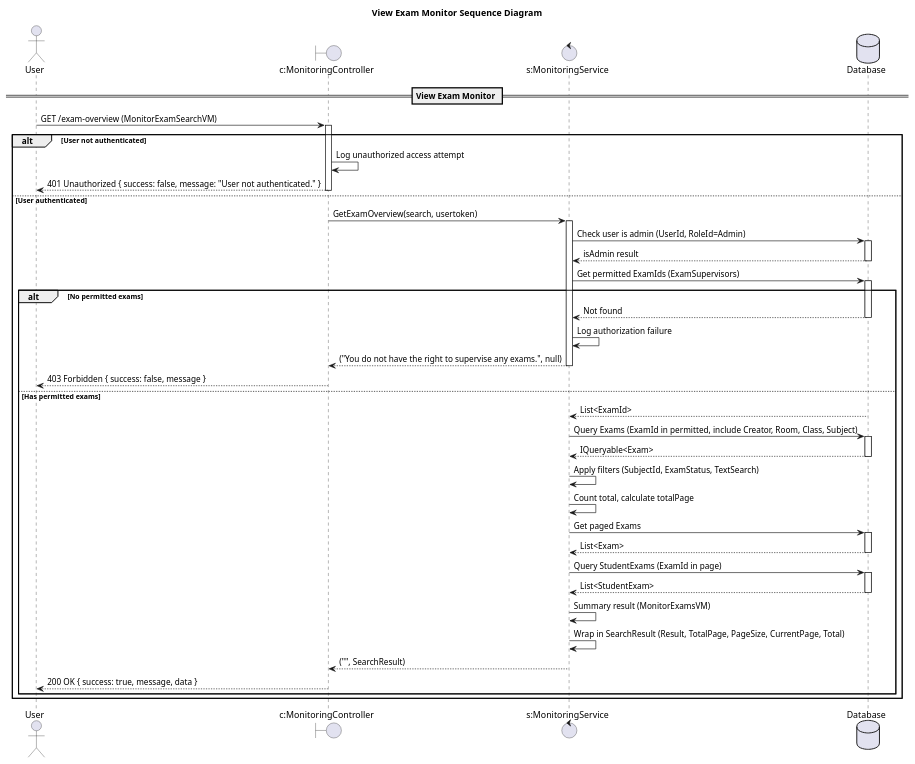
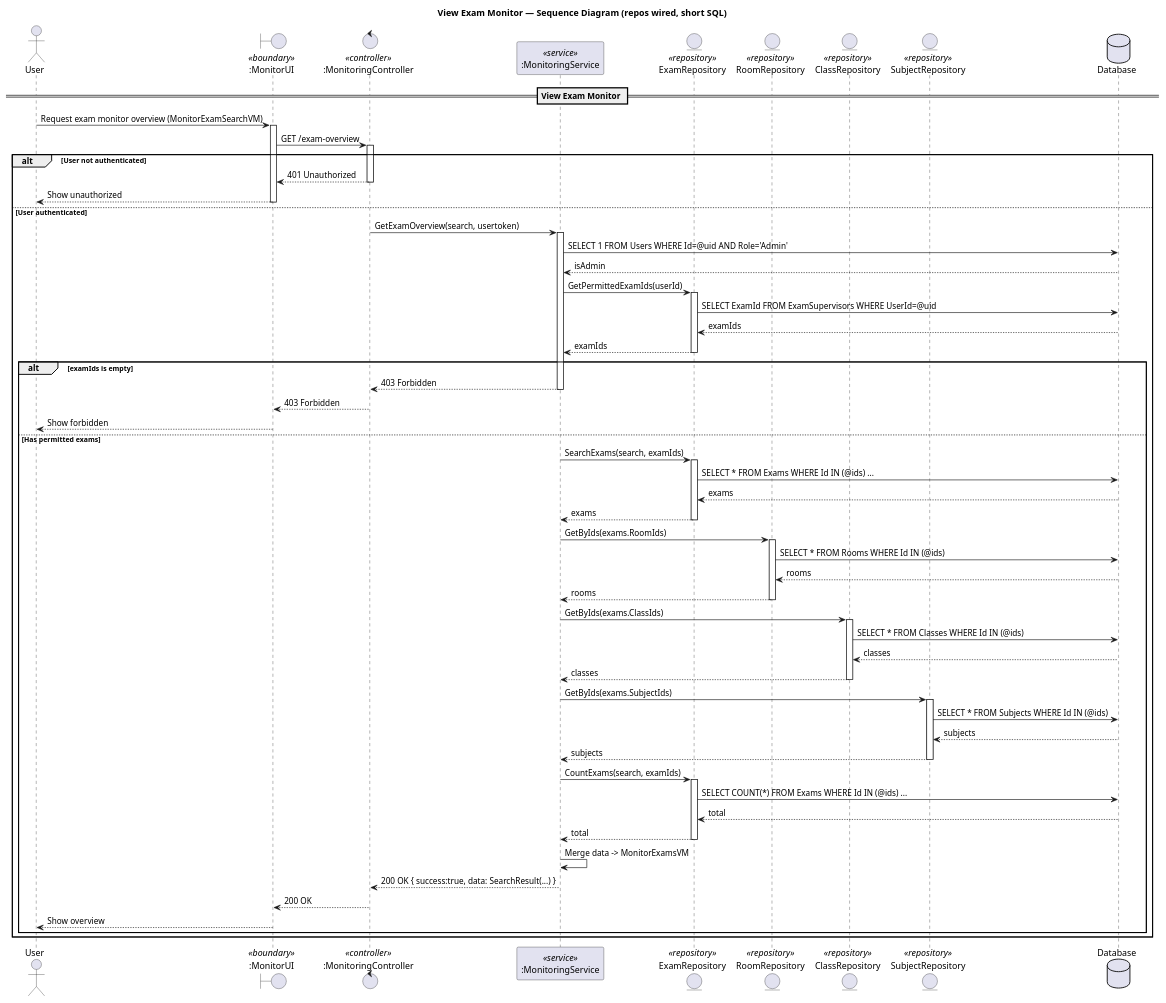
One commit to conghoan1211/AI-Kiosk-Testing-system changed the diagram in design/viewexammonitorsequencediagram.puml. Above: the diagram before and after it, drawn with PlantUML. The commit also changed 774 other files, not shown here.

```diff
--- a/design/viewexammonitorsequencediagram.puml
+++ b/design/viewexammonitorsequencediagram.puml
@@ -1,68 +1,104 @@
 @startuml
-
-title View Exam Monitor Sequence Diagram
+title View Exam Monitor — Sequence Diagram (repos wired, short SQL)
 
 actor "User" as Client
-boundary "c:MonitoringController" as Controller
-control "s:MonitoringService" as Service
+boundary ":MonitorUI" as UI <<boundary>>
+control ":MonitoringController" as Controller <<controller>>
+participant ":MonitoringService" as Service <<service>>
+
+' Repositories
+entity "ExamRepository" as ExamRepo <<repository>>
+entity "RoomRepository" as RoomRepo <<repository>>
+entity "ClassRepository" as ClassRepo <<repository>>
+entity "SubjectRepository" as SubjectRepo <<repository>>
+
 database "Database" as DB
 
 == View Exam Monitor ==
 
-Client -> Controller: GET /exam-overview (MonitorExamSearchVM)
+Client -> UI: Request exam monitor overview (MonitorExamSearchVM)
+activate UI
+UI -> Controller: GET /exam-overview
 activate Controller
 
 alt User not authenticated
-    Controller -> Controller: Log unauthorized access attempt
-    Controller --> Client: 401 Unauthorized { success: false, message: "User not authenticated." }
+  Controller --> UI: 401 Unauthorized
+  deactivate Controller
+  UI --> Client: Show unauthorized
+  deactivate UI
+else User authenticated
+  Controller -> Service: GetExamOverview(search, usertoken)
+  activate Service
+
+  ' --- Check admin ---
+  Service -> DB: SELECT 1 FROM Users WHERE Id=@uid AND Role='Admin'
+  DB --> Service: isAdmin
+
+  ' --- Get permitted exam ids ---
+  Service -> ExamRepo: GetPermittedExamIds(userId)
+  activate ExamRepo
+  ExamRepo -> DB: SELECT ExamId FROM ExamSupervisors WHERE UserId=@uid
+  DB --> ExamRepo: examIds
+  ExamRepo --> Service: examIds
+  deactivate ExamRepo
+
+  alt examIds is empty
+    Service --> Controller: 403 Forbidden
+    deactivate Service
+    Controller --> UI: 403 Forbidden
     deactivate Controller
-else User authenticated
-    Controller -> Service: GetExamOverview(search, usertoken)
-    activate Service
+    UI --> Client: Show forbidden
+    deactivate UI
+  else Has permitted exams
+    ' --- Search Exams ---
+    Service -> ExamRepo: SearchExams(search, examIds)
+    activate ExamRepo
+    ExamRepo -> DB: SELECT * FROM Exams WHERE Id IN (@ids) ...
+    DB --> ExamRepo: exams
+    ExamRepo --> Service: exams
+    deactivate ExamRepo
 
-    Service -> DB: Check user is admin (UserId, RoleId=Admin)
-    activate DB
-    DB --> Service: isAdmin result
-    deactivate DB
+    ' --- Load Rooms ---
+    Service -> RoomRepo: GetByIds(exams.RoomIds)
+    activate RoomRepo
+    RoomRepo -> DB: SELECT * FROM Rooms WHERE Id IN (@ids)
+    DB --> RoomRepo: rooms
+    RoomRepo --> Service: rooms
+    deactivate RoomRepo
 
-    Service -> DB: Get permitted ExamIds (ExamSupervisors)
-    activate DB
-    alt No permitted exams
-        DB --> Service: Not found
-        deactivate DB
-        Service -> Service: Log authorization failure
-        Service --> Controller: ("You do not have the right to supervise any exams.", null)
-        deactivate Service
-        Controller --> Client: 403 Forbidden { success: false, message }
-        deactivate Controller
-    else Has permitted exams
-        DB --> Service: List<ExamId>
-        deactivate DB
+    ' --- Load Classes ---
+    Service -> ClassRepo: GetByIds(exams.ClassIds)
+    activate ClassRepo
+    ClassRepo -> DB: SELECT * FROM Classes WHERE Id IN (@ids)
+    DB --> ClassRepo: classes
+    ClassRepo --> Service: classes
+    deactivate ClassRepo
 
-        Service -> DB: Query Exams (ExamId in permitted, include Creator, Room, Class, Subject)
-        activate DB
-        DB --> Service: IQueryable<Exam>
-        deactivate DB
+    ' --- Load Subjects ---
+    Service -> SubjectRepo: GetByIds(exams.SubjectIds)
+    activate SubjectRepo
+    SubjectRepo -> DB: SELECT * FROM Subjects WHERE Id IN (@ids)
+    DB --> SubjectRepo: subjects
+    SubjectRepo --> Service: subjects
+    deactivate SubjectRepo
 
-        Service -> Service: Apply filters (SubjectId, ExamStatus, TextSearch)
-        Service -> Service: Count total, calculate totalPage
-        Service -> DB: Get paged Exams
-        activate DB
-        DB --> Service: List<Exam>
-        deactivate DB
+    ' --- Count total ---
+    Service -> ExamRepo: CountExams(search, examIds)
+    activate ExamRepo
+    ExamRepo -> DB: SELECT COUNT(*) FROM Exams WHERE Id IN (@ids) ...
+    DB --> ExamRepo: total
+    ExamRepo --> Service: total
+    deactivate ExamRepo
 
-        Service -> DB: Query StudentExams (ExamId in page)
-        activate DB
-        DB --> Service: List<StudentExam>
-        deactivate DB
+    ' --- Build result ---
+    Service -> Service: Merge data -> MonitorExamsVM
+    Service --> Controller: 200 OK { success:true, data: SearchResult(...) }
+    deactivate Service
+    Controller --> UI: 200 OK
+    deactivate Controller
+    UI --> Client: Show overview
+    deactivate UI
+  end
+end
 
-        Service -> Service: Summary result (MonitorExamsVM)
-        Service -> Service: Wrap in SearchResult (Result, TotalPage, PageSize, CurrentPage, Total)
-        Service --> Controller: ("", SearchResult)
-        deactivate Service
-        Controller --> Client: 200 OK { success: true, message, data }
-        deactivate Controller
-    end alt
-end alt
-
-@enduml 
+@enduml
```
